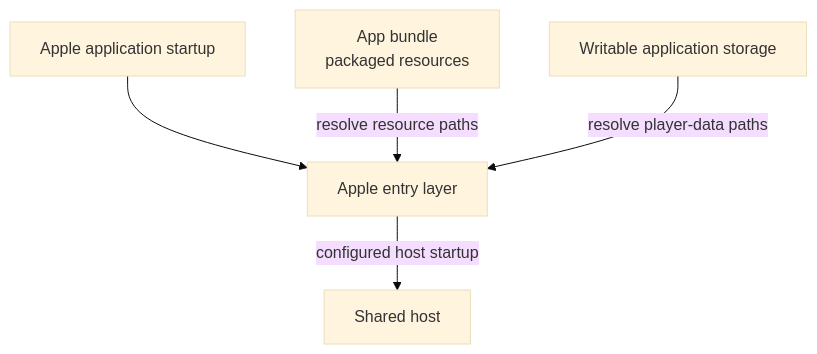
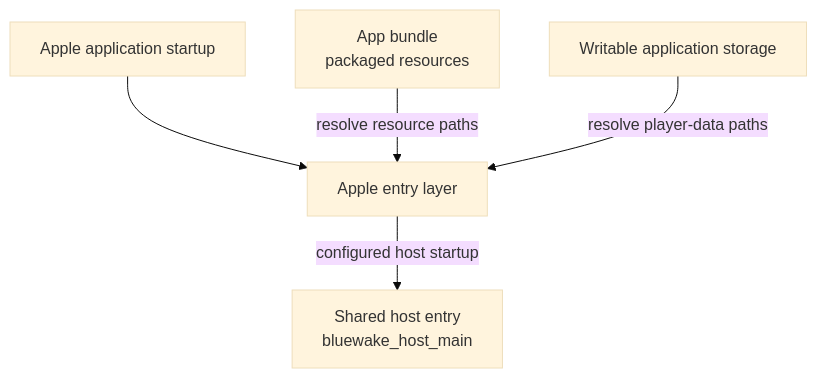
One commit to Aelbannan/boat_of_daphnes changed the fifth of 9 diagrams in docs/architecture/runtime/Host.md. Above: the diagram before and after it, drawn with Mermaid (base theme). The commit also changed other lines of this file, not shown here.

Commit message:
docs: distinguish macOS runtime entry

````diff
--- a/docs/architecture/runtime/Host.md
+++ b/docs/architecture/runtime/Host.md
@@ -136,13 +146,14 @@
 ```mermaid
 flowchart TD
     Start["Apple application startup"]
     Entry["Apple entry layer"]
     Bundle["App bundle<br/>packaged resources"]
     Storage["Writable application storage"]
-    Host["Shared host"]
+    Host["`Shared host entry
+bluewake_host_main`"]
 
     Start --> Entry
     Bundle -->|"resolve resource paths"| Entry
     Storage -->|"resolve player-data paths"| Entry
     Entry -->|"configured host startup"| Host
 ```
````
